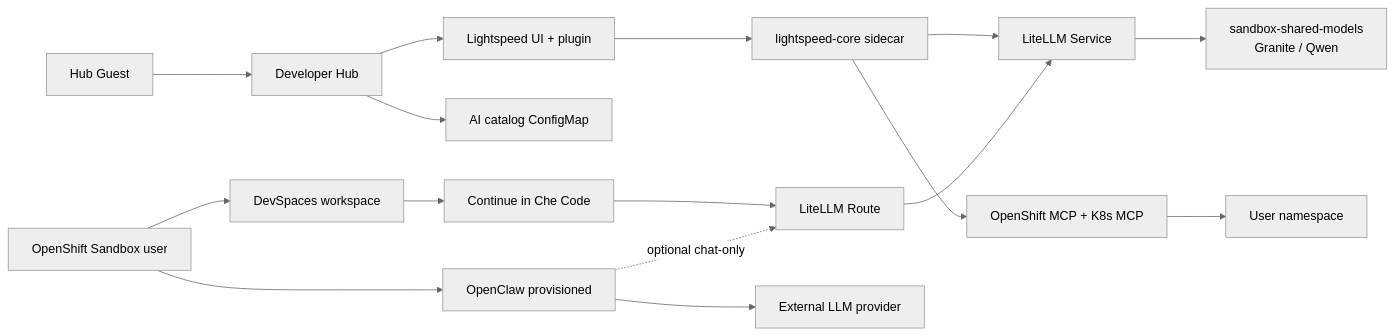
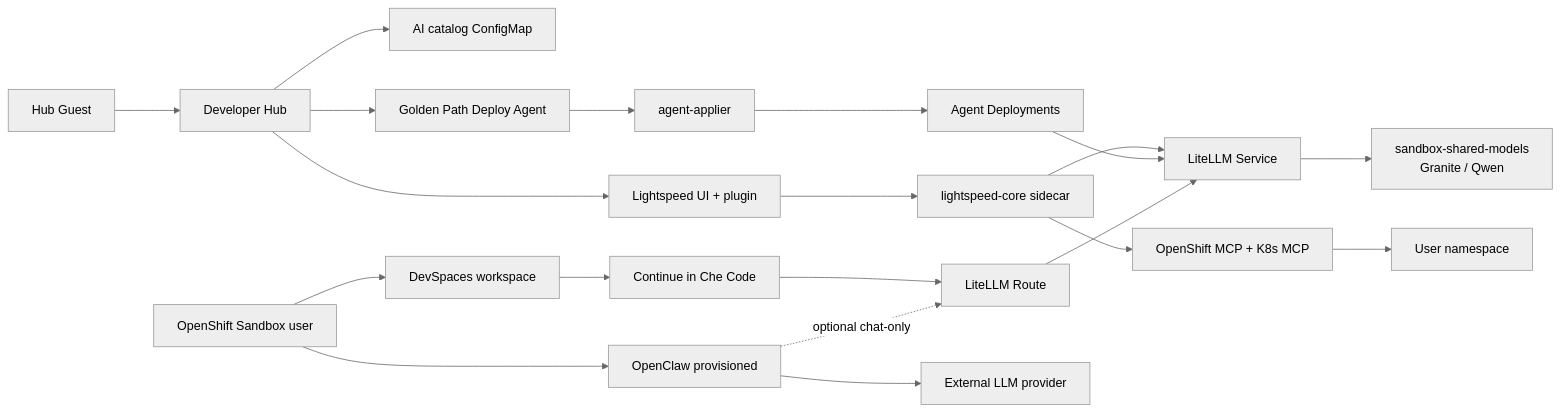
Before and after one commit to maximilianoPizarro/rhdh-agent-sandbox: the diagram in docs/architecture.md, drawn with Mermaid (neutral theme). The commit also changed other lines of this file and 44 other files, not shown here.

First line of the commit message:
feat(golden-paths): deploy agent pods from Hub without git push

````diff
--- a/docs/architecture.md
+++ b/docs/architecture.md
@@ -5,18 +7,22 @@
 ```mermaid
 flowchart LR
   Guest[Hub Guest] --> Hub[Developer Hub]
   Hub --> LS[Lightspeed UI + plugin]
   LS --> LCore[lightspeed-core sidecar]
   LCore --> LiteLLM[LiteLLM Service]
   LiteLLM --> Models[sandbox-shared-models<br/>Granite / Qwen]
   LCore --> MCP[OpenShift MCP + K8s MCP]
   MCP --> Ns[User namespace]
   Hub --> Catalog[AI catalog ConfigMap]
+  Hub --> GP[Golden Path Deploy Agent]
+  GP --> Applier[agent-applier]
+  Applier --> AgentPods[Agent Deployments]
+  AgentPods --> LiteLLM
   OcUser[OpenShift Sandbox user] --> DW[DevSpaces workspace]
   DW --> Continue[Continue in Che Code]
   Continue --> LiteLLMRoute[LiteLLM Route]
   LiteLLMRoute --> LiteLLM
   OcUser --> OC[OpenClaw provisioned]
   OC --> UserLLM[External LLM provider]
   OC -.->|optional chat-only| LiteLLMRoute
 ```
````
